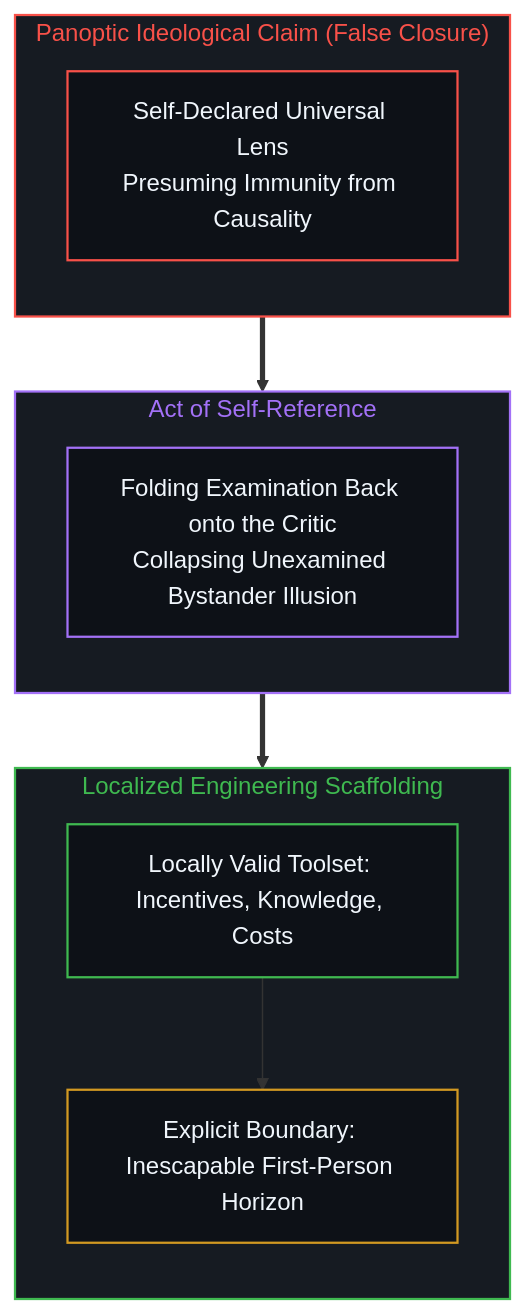
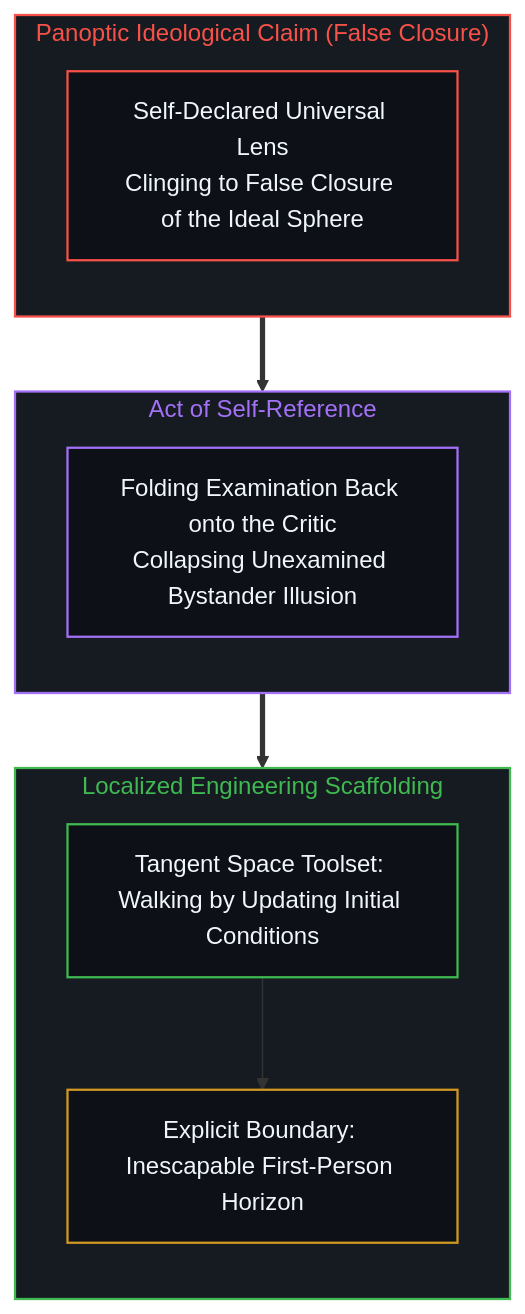
Before and after one commit to powerpig99/not-a-toe: the eighth of 8 diagrams in content/posts/the-unexamined-critic.md, drawn with Mermaid. The commit also changed other lines of this file and 5 other files, not shown here.

````diff
--- a/content/posts/the-unexamined-critic.md
+++ b/content/posts/the-unexamined-critic.md
@@ -247,33 +247,33 @@
 ```mermaid
 flowchart TD
     classDef default fill:#0d1117,stroke:#30363d,stroke-width:1px,color:#f0f6fc;
     classDef mind fill:#0d1117,stroke:#3fb950,stroke-width:1.5px,color:#f0f6fc;
     classDef warn fill:#0d1117,stroke:#d29922,stroke-width:1.5px,color:#f0f6fc;
     classDef fail fill:#0d1117,stroke:#f85149,stroke-width:1.5px,color:#f0f6fc;
     classDef model fill:#0d1117,stroke:#58a6ff,stroke-width:1.5px,color:#f0f6fc;
     classDef purple fill:#0d1117,stroke:#a371f7,stroke-width:1.5px,color:#f0f6fc;
 
     subgraph S_Dogma ["Panoptic Ideological Claim (False Closure)"]
         direction TB
-        TotalClaim["Self-Declared Universal Lens<br/>Presuming Immunity from Causality"]:::fail
+        TotalClaim["Self-Declared Universal Lens<br/>Clinging to False Closure of the Ideal Sphere"]:::fail
     end
 
     subgraph S_Fold ["Act of Self-Reference"]
         direction TB
         SelfReflect["Folding Examination Back onto the Critic<br/>Collapsing Unexamined Bystander Illusion"]:::purple
     end
 
     subgraph S_Instrument ["Localized Engineering Scaffolding"]
         direction TB
-        LocalTool["Locally Valid Toolset: Incentives, Knowledge, Costs"]:::mind
+        LocalTool["Tangent Space Toolset: Walking by Updating Initial Conditions"]:::mind
         BoundSign["Explicit Boundary: Inescapable First-Person Horizon"]:::warn
         LocalTool --> BoundSign
     end
 
     S_Dogma ==> S_Fold
     S_Fold ==> S_Instrument
 
     style S_Dogma fill:#161b22,stroke:#f85149,stroke-width:1.5px,color:#f85149
     style S_Fold fill:#161b22,stroke:#a371f7,stroke-width:1.5px,color:#a371f7
     style S_Instrument fill:#161b22,stroke:#3fb950,stroke-width:1.5px,color:#3fb950
 ```
````
